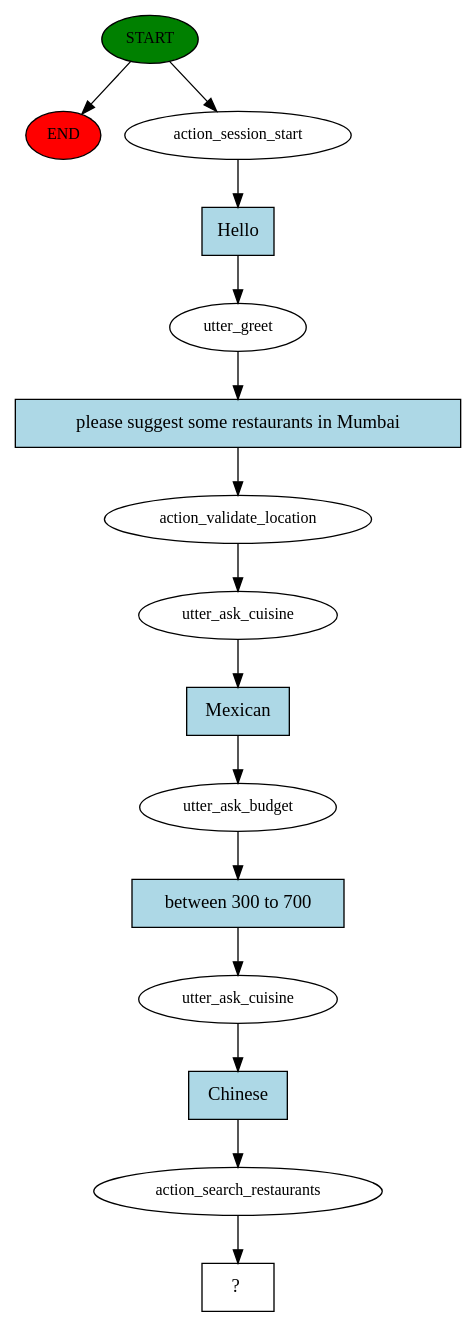
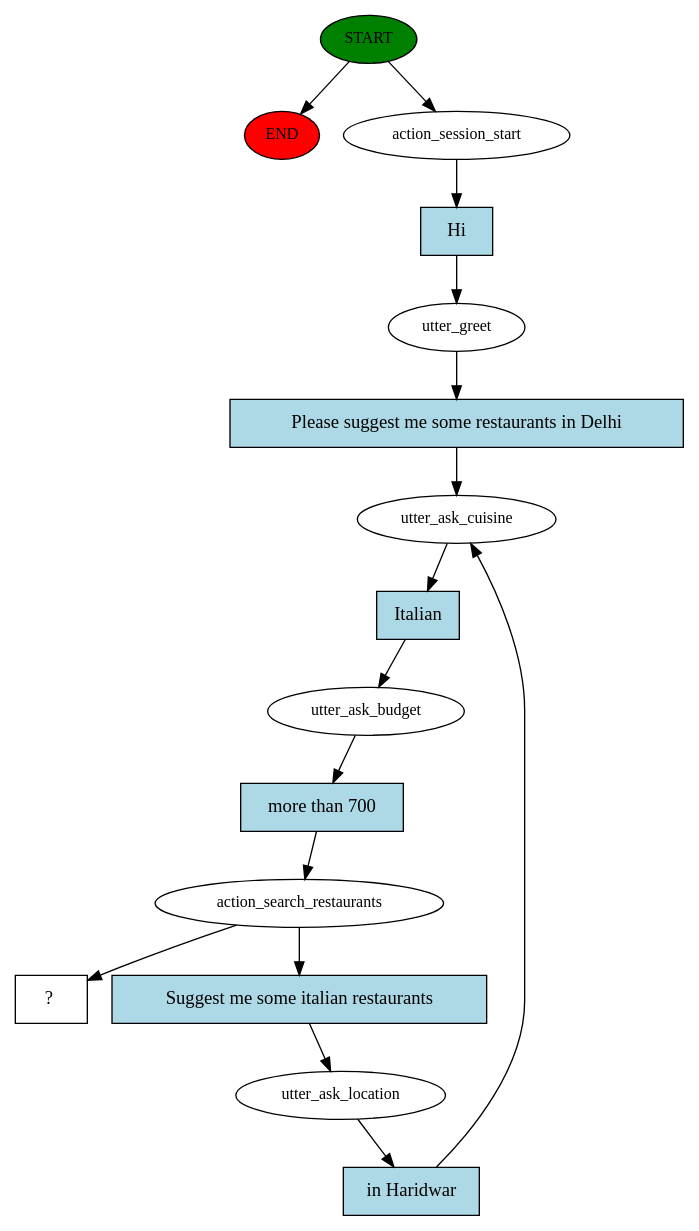
Before and after one commit to pandeyvaibhav/RasaFoodieRobi: the diagram in story_graph.dot, drawn with Graphviz. The commit also changed 17 other files, not shown here.

```diff
--- a/story_graph.dot
+++ b/story_graph.dot
@@ -1,31 +1,32 @@
 digraph  {
 0 [class="start active", fillcolor=green, fontsize=12, label=START, style=filled];
 "-1" [class=end, fillcolor=red, fontsize=12, label=END, style=filled];
 1 [class=active, fontsize=12, label=action_session_start];
 2 [class=active, fontsize=12, label=utter_greet];
-3 [class=active, fontsize=12, label=action_validate_location];
-4 [class=active, fontsize=12, label=utter_ask_cuisine];
-5 [class=active, fontsize=12, label=utter_ask_budget];
-6 [class=active, fontsize=12, label=utter_ask_cuisine];
-7 [class=active, fontsize=12, label=action_search_restaurants];
-8 [class="intent dashed active", label="  ?  ", shape=rect];
-9 [class="intent active", fillcolor=lightblue, label=Hello, shape=rect, style=filled];
-10 [class="intent active", fillcolor=lightblue, label="please suggest some restaurants in Mumbai", shape=rect, style=filled];
-11 [class="intent active", fillcolor=lightblue, label=Mexican, shape=rect, style=filled];
-12 [class="intent active", fillcolor=lightblue, label="between 300 to 700", shape=rect, style=filled];
-13 [class="intent active", fillcolor=lightblue, label=Chinese, shape=rect, style=filled];
+3 [class=active, fontsize=12, label=utter_ask_cuisine];
+4 [class=active, fontsize=12, label=utter_ask_budget];
+5 [class=active, fontsize=12, label=action_search_restaurants];
+6 [class=active, fontsize=12, label=utter_ask_location];
+10 [class="intent dashed active", label="  ?  ", shape=rect];
+11 [class="intent active", fillcolor=lightblue, label=Hi, shape=rect, style=filled];
+12 [class="intent active", fillcolor=lightblue, label="Please suggest me some restaurants in Delhi", shape=rect, style=filled];
+13 [class="intent active", fillcolor=lightblue, label=Italian, shape=rect, style=filled];
+14 [class="intent active", fillcolor=lightblue, label="more than 700", shape=rect, style=filled];
+15 [class="intent active", fillcolor=lightblue, label="Suggest me some italian restaurants", shape=rect, style=filled];
+16 [class="intent active", fillcolor=lightblue, label="in Haridwar", shape=rect, style=filled];
 0 -> "-1"  [class="", key=NONE, label=""];
 0 -> 1  [class=active, key=NONE, label=""];
-1 -> 9  [class=active, key=0];
-2 -> 10  [class=active, key=0];
-3 -> 4  [class=active, key=NONE, label=""];
-4 -> 11  [class=active, key=0];
-5 -> 12  [class=active, key=0];
-6 -> 13  [class=active, key=0];
-7 -> 8  [class=active, key=NONE, label=""];
-9 -> 2  [class=active, key=0];
-10 -> 3  [class=active, key=0];
-11 -> 5  [class=active, key=0];
-12 -> 6  [class=active, key=0];
-13 -> 7  [class=active, key=0];
+1 -> 11  [class=active, key=0];
+2 -> 12  [class=active, key=0];
+3 -> 13  [class=active, key=0];
+4 -> 14  [class=active, key=0];
+5 -> 10  [class=active, key=NONE, label=""];
+5 -> 15  [class=active, key=0];
+6 -> 16  [class=active, key=0];
+11 -> 2  [class=active, key=0];
+12 -> 3  [class=active, key=0];
+13 -> 4  [class=active, key=0];
+14 -> 5  [class=active, key=0];
+15 -> 6  [class=active, key=0];
+16 -> 3  [class=active, key=0];
 }
```
